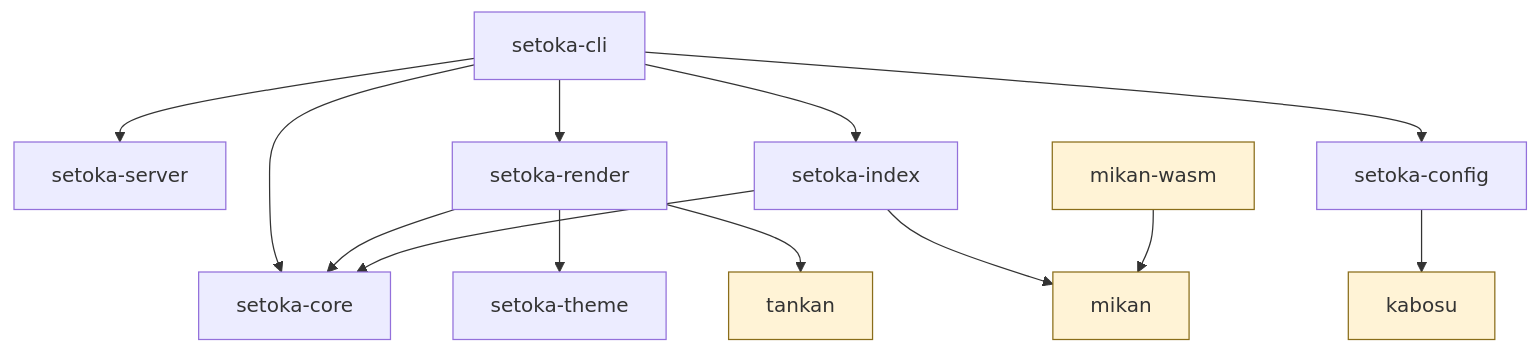
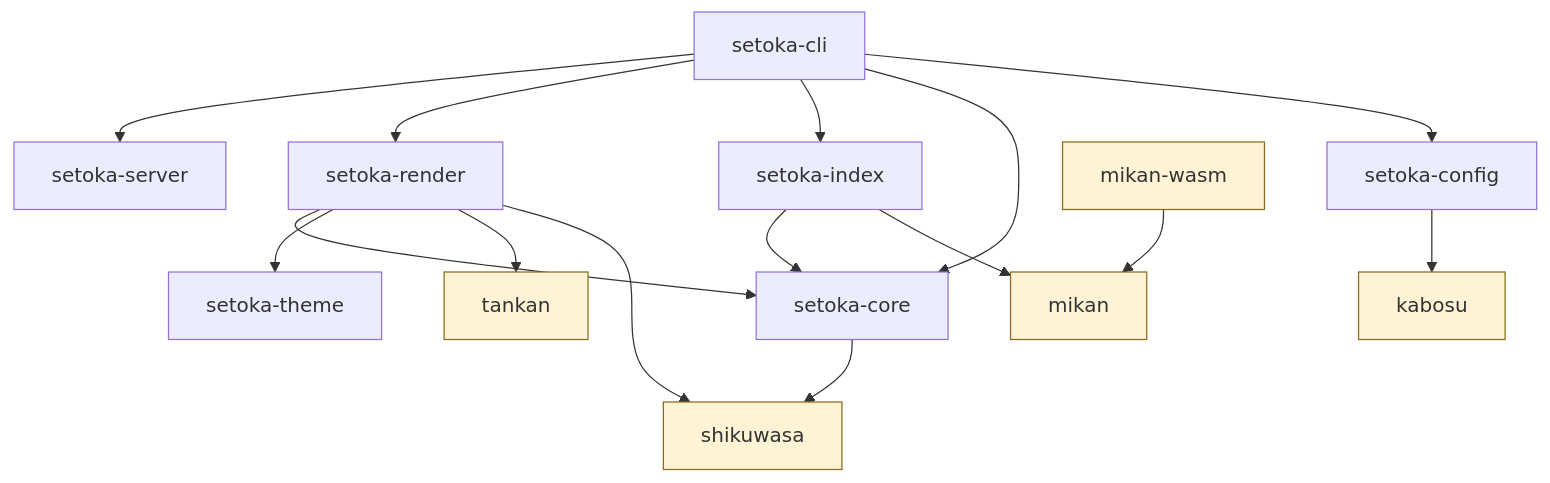
The diagram in docs/content/development/index.md (ai-implementer/setoka), drawn with Mermaid before and after one commit. The commit also changed other lines of this file and 31 other files, not shown here.

First line of the commit message:
refactor: YAML の読み込みを crate shikuwasa に切り出す（Phase 102）

````diff
--- a/docs/content/development/index.md
+++ b/docs/content/development/index.md
@@ -35,17 +36,19 @@
 ```mermaid
 flowchart TD
     CLI[setoka-cli] --> SRV[setoka-server]
     CLI --> REN[setoka-render]
     CLI --> IDX[setoka-index]
     CLI --> CORE[setoka-core]
     CLI --> CFG[setoka-config]
     CFG --> KAB[kabosu]
     REN --> CORE
     REN --> THEME[setoka-theme]
     REN --> TAN[tankan]
+    REN --> YAML[shikuwasa]
+    CORE --> YAML
     IDX --> CORE
     IDX --> FMT[mikan]
     WASM[mikan-wasm] --> FMT
     classDef generic fill:#fff3d6,stroke:#8a6d1a
-    class TAN,FMT,WASM,KAB generic
+    class TAN,FMT,WASM,KAB,YAML generic
 ```
````
